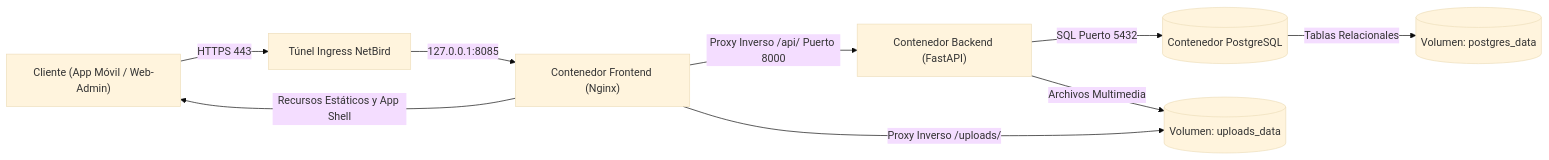
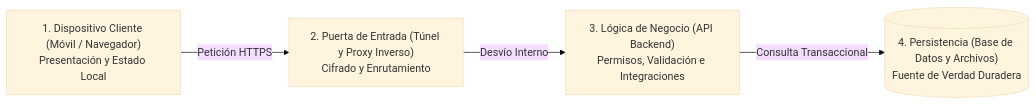
The first of 2 diagrams in content/posts/upa-campus-app-architecture-part-1/index.es.md (Pascal-Thommen/pascal-thommen.github.io), drawn with Mermaid (base theme) before and after one commit. The commit also changed other lines of this file and 25 other files, not shown here.

````diff
--- a/content/posts/upa-campus-app-architecture-part-1/index.es.md
+++ b/content/posts/upa-campus-app-architecture-part-1/index.es.md
@@ -28,11 +28,6 @@
 ```mermaid
 flowchart LR
-    Client["Cliente (App Móvil / Web-Admin)"] -->|HTTPS 443| NetBird["Túnel Ingress NetBird"]
-    NetBird -->|127.0.0.1:8085| Nginx["Contenedor Frontend (Nginx)"]
-    Nginx -->|Recursos Estáticos y App Shell| Client
-    Nginx -->|Proxy Inverso /api/ Puerto 8000| Backend["Contenedor Backend (FastAPI)"]
-    Backend -->|SQL Puerto 5432| DB[("Contenedor PostgreSQL")]
-    DB -->|Tablas Relacionales| VolDB[("Volumen: postgres_data")]
-    Backend -->|Archivos Multimedia| VolMedia[("Volumen: uploads_data")]
-    Nginx -->|Proxy Inverso /uploads/| VolMedia
+    Client["1. Dispositivo Cliente (Móvil / Navegador)\nPresentación y Estado Local"] -->|Petición HTTPS| Gateway["2. Puerta de Entrada (Túnel y Proxy Inverso)\nCifrado y Enrutamiento"]
+    Gateway -->|Desvío Interno| Logic["3. Lógica de Negocio (API Backend)\nPermisos, Validación e Integraciones"]
+    Logic -->|Consulta Transaccional| Storage[("4. Persistencia (Base de Datos y Archivos)\nFuente de Verdad Duradera")]
 ```
````
